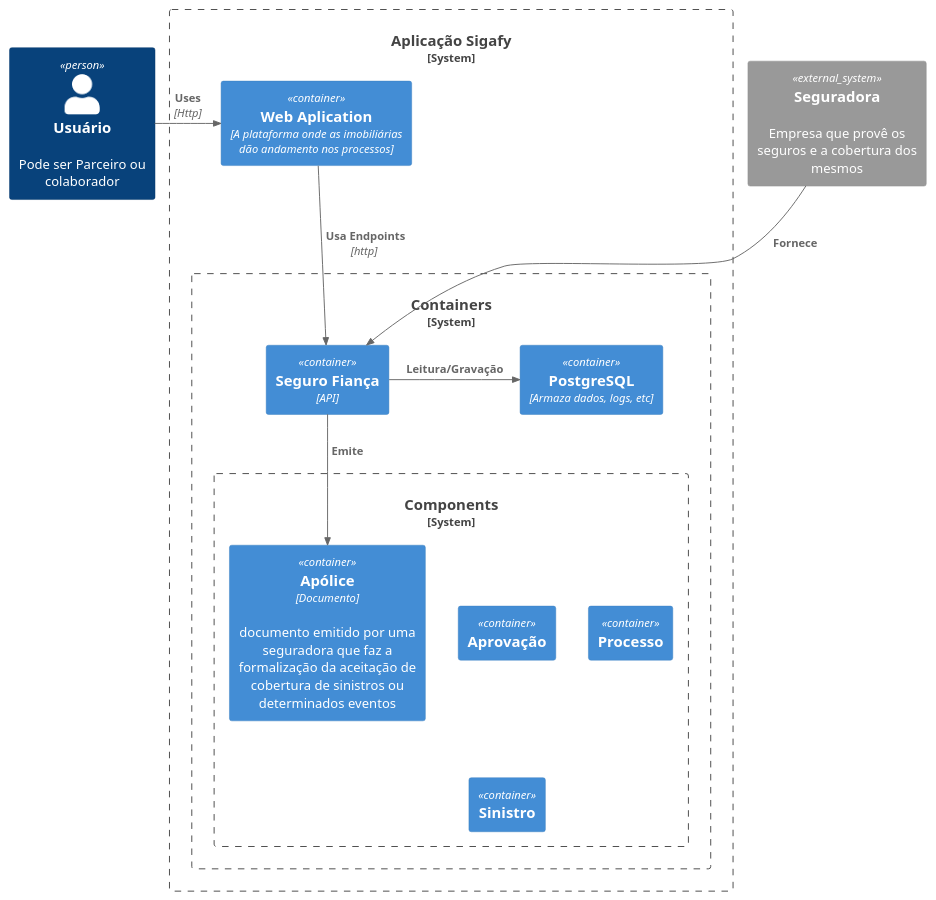
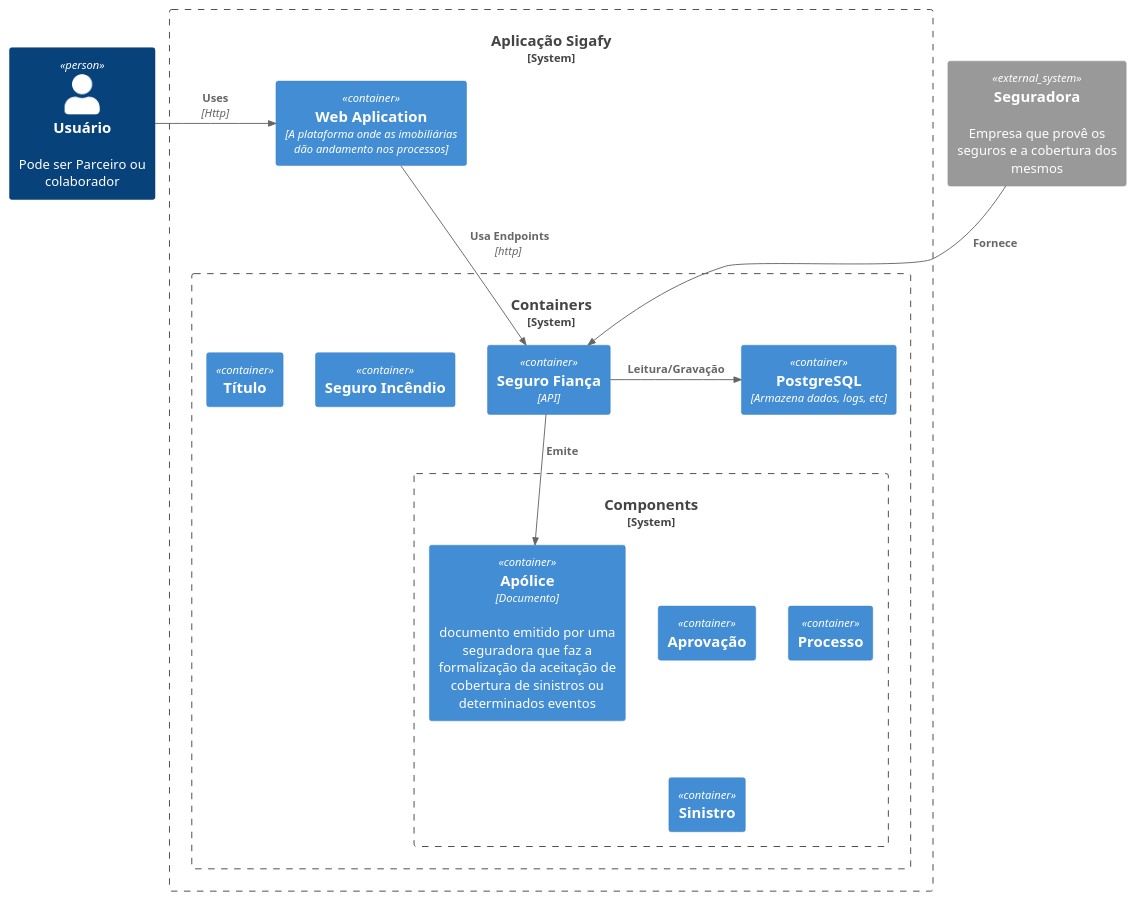
Before and after one commit to EliezerRibeiroNunes/C4Model: the diagram in C4model.plantuml, drawn with PlantUML.

Commit message:
Alterações na estrutura

```diff
--- a/C4model.plantuml
+++ b/C4model.plantuml
@@ -1,30 +1,30 @@
 @startuml Seguro Fiança
 
 !include https://raw.githubusercontent.com/plantuml-stdlib/C4-PlantUML/master/C4_Container.puml
 
 Person(user, "Usuário", "Pode ser Parceiro ou colaborador")
 System_Ext(seguradora, "Seguradora", "Empresa que provê os seguros e a cobertura dos mesmos")
 
 System_Boundary(c1, "Aplicação Sigafy") {
     Container(sys, "Web Aplication", "A plataforma onde as imobiliárias dão andamento nos processos")
 
     System_Boundary(c2, "Containers") {
         Container(api,"Seguro Fiança","API")
-        Container(db, "PostgreSQL" ,"Armaza dados, logs, etc")
+        Container(incendio,"Seguro Incêndio")
+        Container(titulo,"Título")
+        Container(db, "PostgreSQL" ,"Armazena dados, logs, etc")
 
         System_Boundary(c3, "Components") {
             Container(apolice, "Apólice", "Documento", "documento emitido por uma seguradora que faz a formalização da aceitação de cobertura de sinistros ou determinados eventos")
             Container(aprovacao, "Aprovação")
             Container(processo, "Processo")
             Container(sinistro, "Sinistro")
         }
     }
 }
-
 Rel_R(user, sys, "Uses", "Http")
 Rel(sys, api, " Usa Endpoints","http")
 Rel(api, apolice, " Emite")
 Rel(seguradora, api, "Fornece")
 Rel_R(api, db, "Leitura/Gravação")
-
 @enduml
```
